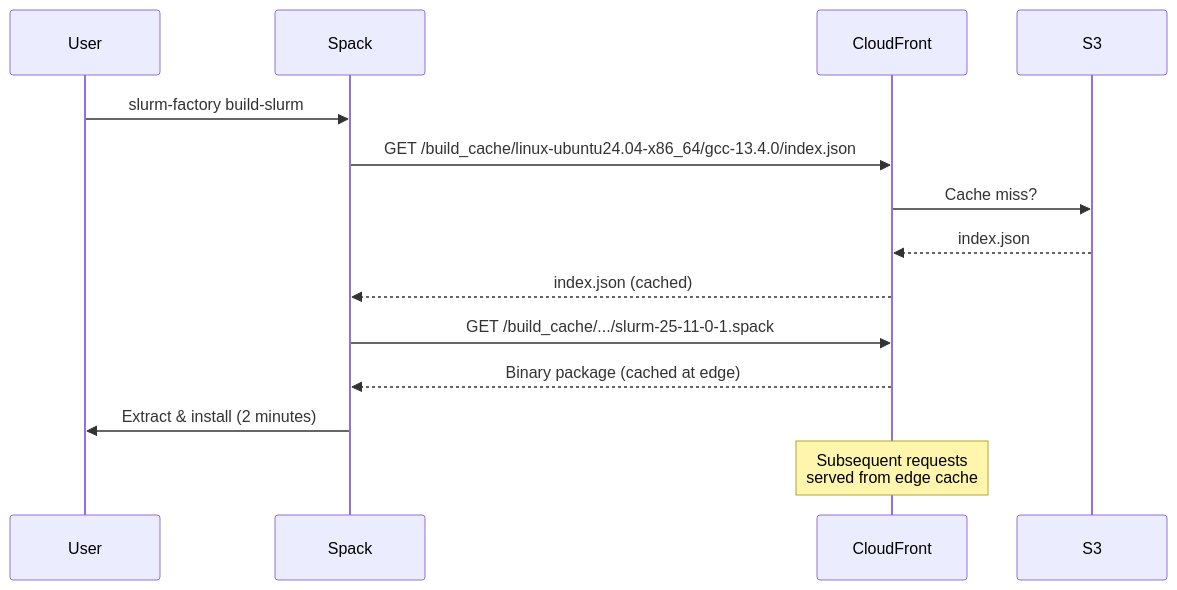
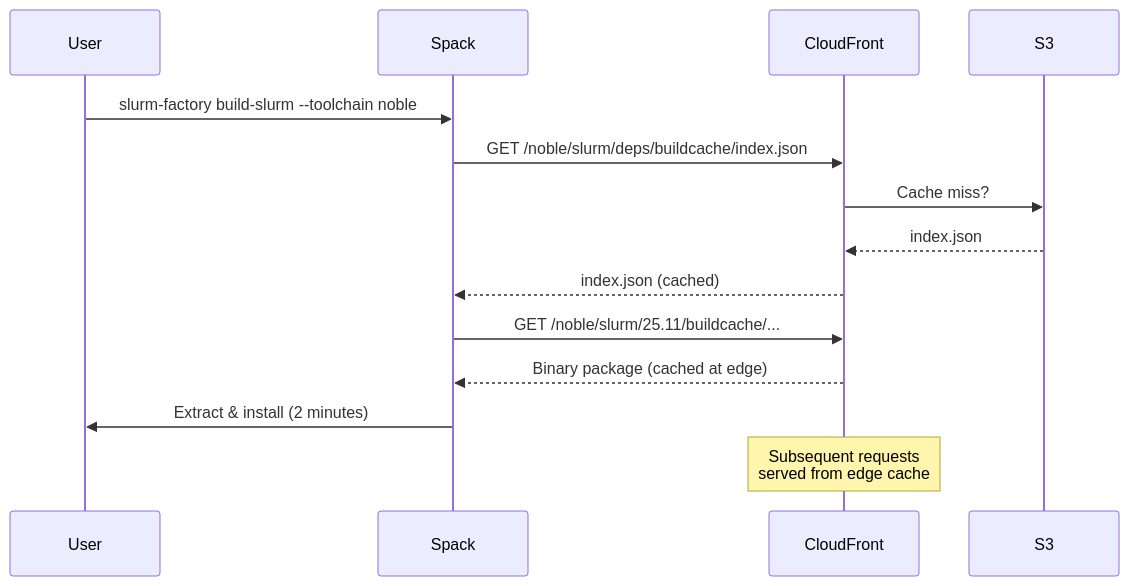
One commit to vantagecompute/slurm-factory changed the third of 3 diagrams in docusaurus/docs/optimization.md. Above: the diagram before and after it, drawn with Mermaid. The commit also changed other lines of this file and 18 other files, not shown here.

````diff
--- a/docusaurus/docs/optimization.md
+++ b/docusaurus/docs/optimization.md
@@ -236,20 +203,20 @@
 ```mermaid
 sequenceDiagram
     participant User
     participant Spack
     participant CloudFront
     participant S3
     
-    User->>Spack: slurm-factory build-slurm
-    Spack->>CloudFront: GET /build_cache/linux-ubuntu24.04-x86_64/gcc-13.4.0/index.json
+    User->>Spack: slurm-factory build-slurm --toolchain noble
+    Spack->>CloudFront: GET /noble/slurm/deps/buildcache/index.json
     CloudFront->>S3: Cache miss?
     S3-->>CloudFront: index.json
     CloudFront-->>Spack: index.json (cached)
     
-    Spack->>CloudFront: GET /build_cache/.../slurm-25-11-0-1.spack
+    Spack->>CloudFront: GET /noble/slurm/25.11/buildcache/...
     CloudFront-->>Spack: Binary package (cached at edge)
     
     Spack->>User: Extract & install (2 minutes)
     
     Note over CloudFront: Subsequent requests<br/>served from edge cache
 ```
````
